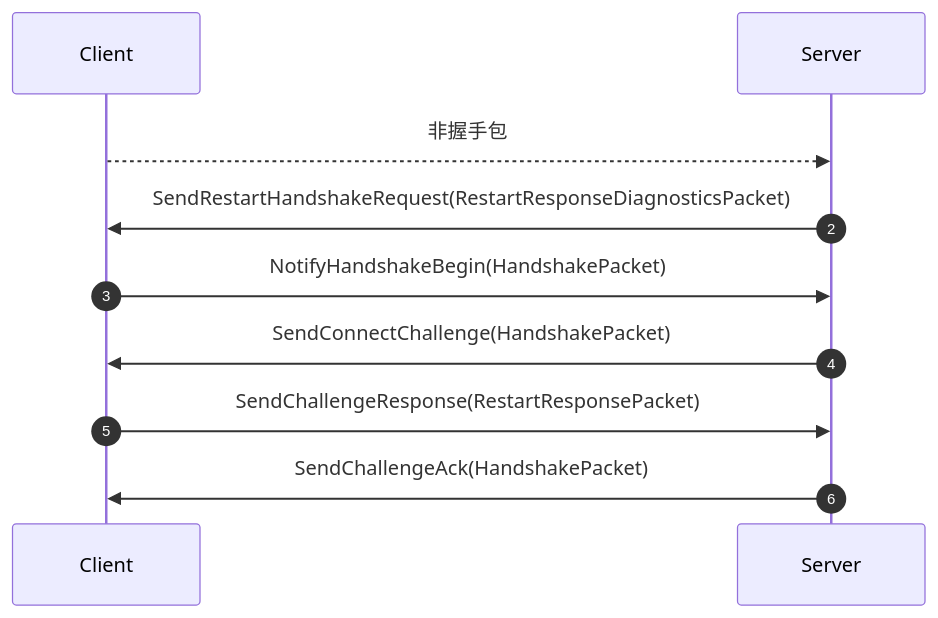
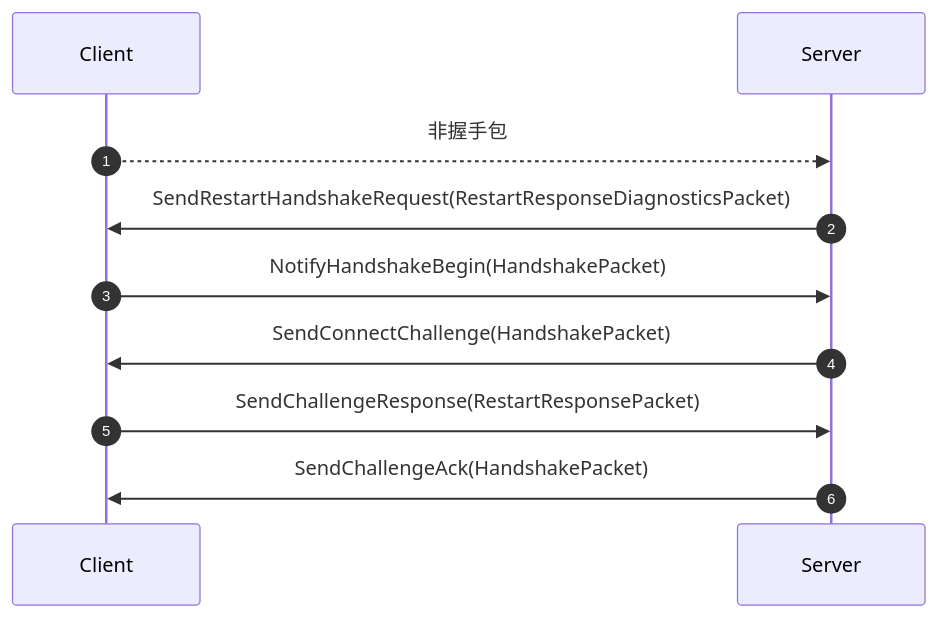
The seventh of 8 diagrams in _posts/2022-11-13-utcp_handshake.md (dpull/dpull.github.io), drawn with Mermaid before and after one commit. The commit also changed other lines of this file, not shown here.

````diff
--- a/_posts/2022-11-13-utcp_handshake.md
+++ b/_posts/2022-11-13-utcp_handshake.md
@@ -112,10 +117,10 @@
 ```mermaid
 sequenceDiagram
+    autonumber
     Client-->>Server: 非握手包
-    autonumber
     Server->>Client: SendRestartHandshakeRequest(RestartResponseDiagnosticsPacket)
     Client->>Server: NotifyHandshakeBegin(HandshakePacket)
     Server->>Client: SendConnectChallenge(HandshakePacket)
     Client->>Server: SendChallengeResponse(RestartResponsePacket)
     Server->>Client: SendChallengeAck(HandshakePacket)
 ```
````
